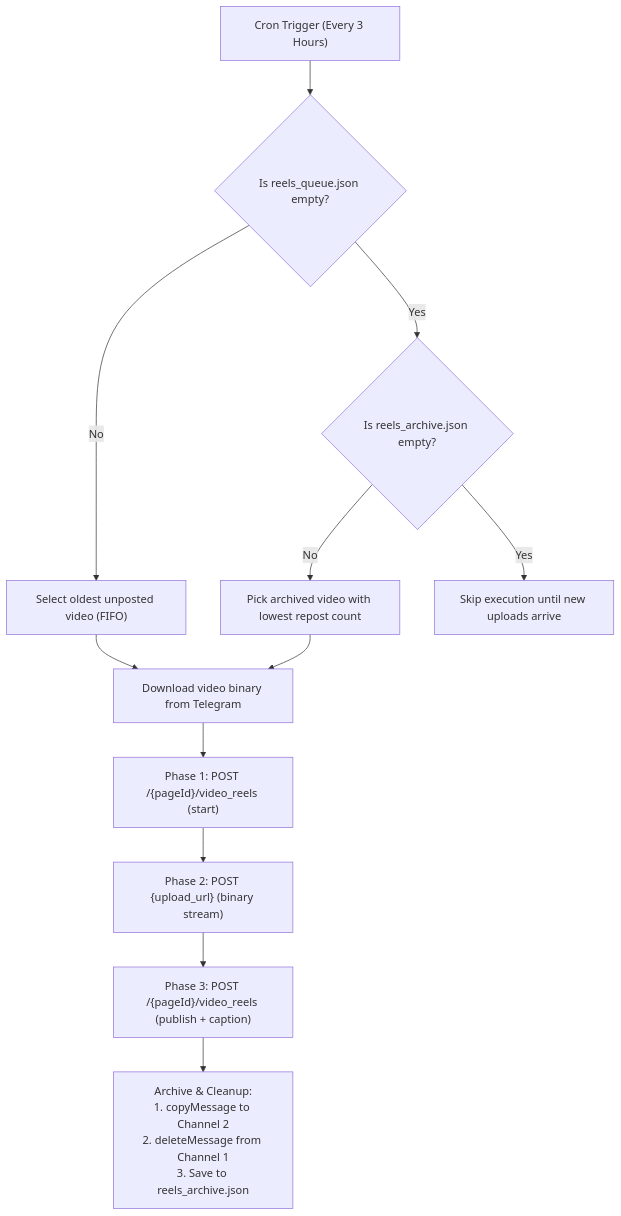
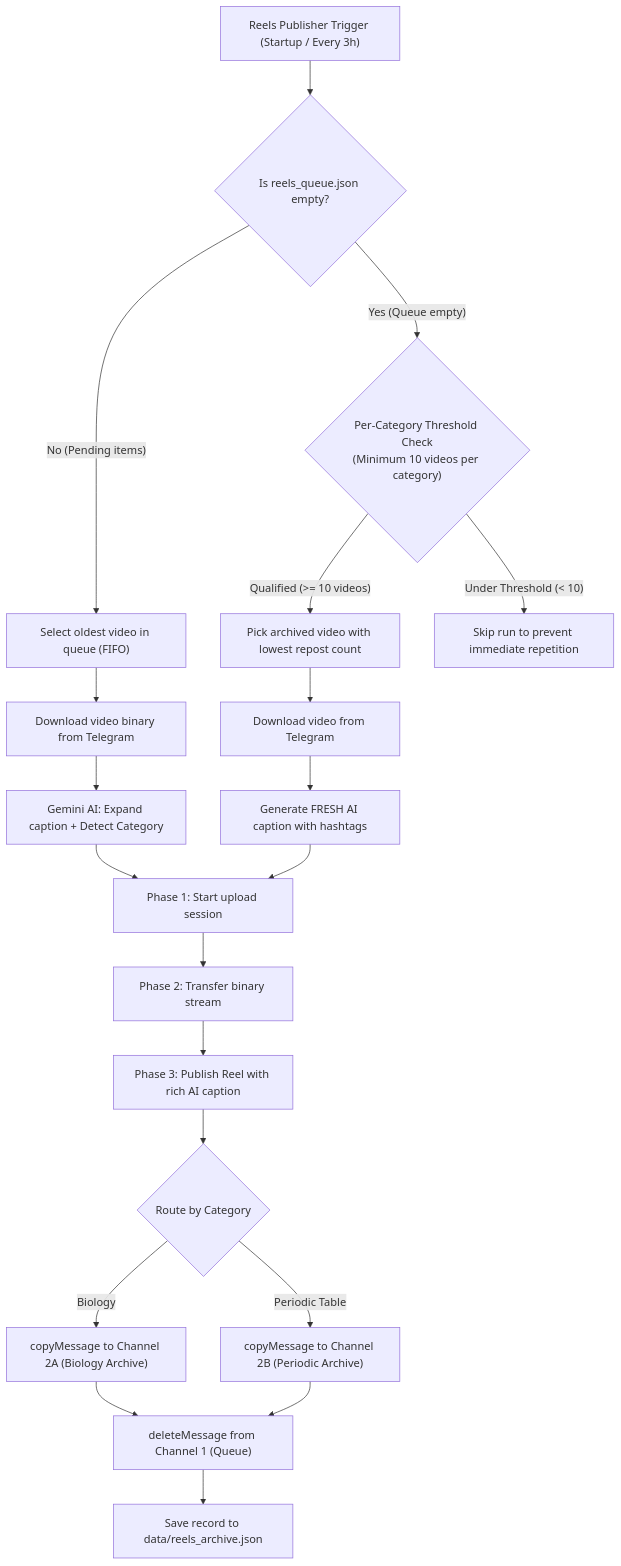
Before and after one commit to nathanielfaborada/ai-driven-post-creator: the second of 2 diagrams in README.md, drawn with Mermaid. The commit also changed other lines of this file and 3 other files, not shown here.

Commit message:
docs: overhaul README.md and complete codebase audit for multi-channel reels system

````diff
--- a/README.md
+++ b/README.md
@@ -104,16 +66,23 @@
 ```mermaid
 flowchart TD
-    Trigger["Cron Trigger (Every 3 Hours)"] --> CheckQ{"Is reels_queue.json empty?"}
+    Trigger["Reels Publisher Trigger (Startup / Every 3h)"] --> CheckQ{"Is reels_queue.json empty?"}
     
-    CheckQ -- "No" --> GetOldest["Select oldest unposted video (FIFO)"]
-    GetOldest --> DownloadVideo["Download video binary from Telegram"]
-    DownloadVideo --> Phase1["Phase 1: POST /{pageId}/video_reels (start)"]
-    Phase1 --> Phase2["Phase 2: POST {upload_url} (binary stream)"]
-    Phase2 --> Phase3["Phase 3: POST /{pageId}/video_reels (publish + caption)"]
-    Phase3 --> OnSuccess["Archive & Cleanup:\n1. copyMessage to Channel 2\n2. deleteMessage from Channel 1\n3. Save to reels_archive.json"]
+    CheckQ -- "No (Pending items)" --> PickFIFO["Select oldest video in queue (FIFO)"]
+    PickFIFO --> DownloadVid["Download video binary from Telegram"]
+    DownloadVid --> ExpandAI["Gemini AI: Expand caption + Detect Category"]
+    ExpandAI --> Phase1["Phase 1: Start upload session"]
+    Phase1 --> Phase2["Phase 2: Transfer binary stream"]
+    Phase2 --> Phase3["Phase 3: Publish Reel with rich AI caption"]
+    Phase3 --> RouteArch{"Route by Category"}
+    RouteArch -->|Biology| CopyBio["copyMessage to Channel 2A (Biology Archive)"]
+    RouteArch -->|Periodic Table| CopyChem["copyMessage to Channel 2B (Periodic Archive)"]
+    CopyBio & CopyChem --> DeleteQ["deleteMessage from Channel 1 (Queue)"]
+    DeleteQ --> SaveArch["Save record to data/reels_archive.json"]
     
-    CheckQ -- "Yes" --> CheckArch{"Is reels_archive.json empty?"}
-    CheckArch -- "No" --> PickArch["Pick archived video with lowest repost count"]
-    PickArch --> DownloadVideo
-    CheckArch -- "Yes" --> Idle["Skip execution until new uploads arrive"]
+    CheckQ -- "Yes (Queue empty)" --> CheckThreshold{"Per-Category Threshold Check\n(Minimum 10 videos per category)"}
+    CheckThreshold -- "Qualified (>= 10 videos)" --> PickEvergreen["Pick archived video with lowest repost count"]
+    PickEvergreen --> DownloadArchVid["Download video from Telegram"]
+    DownloadArchVid --> GenFreshAI["Generate FRESH AI caption with hashtags"]
+    GenFreshAI --> Phase1
+    CheckThreshold -- "Under Threshold (< 10)" --> Idle["Skip run to prevent immediate repetition"]
 ```
````
